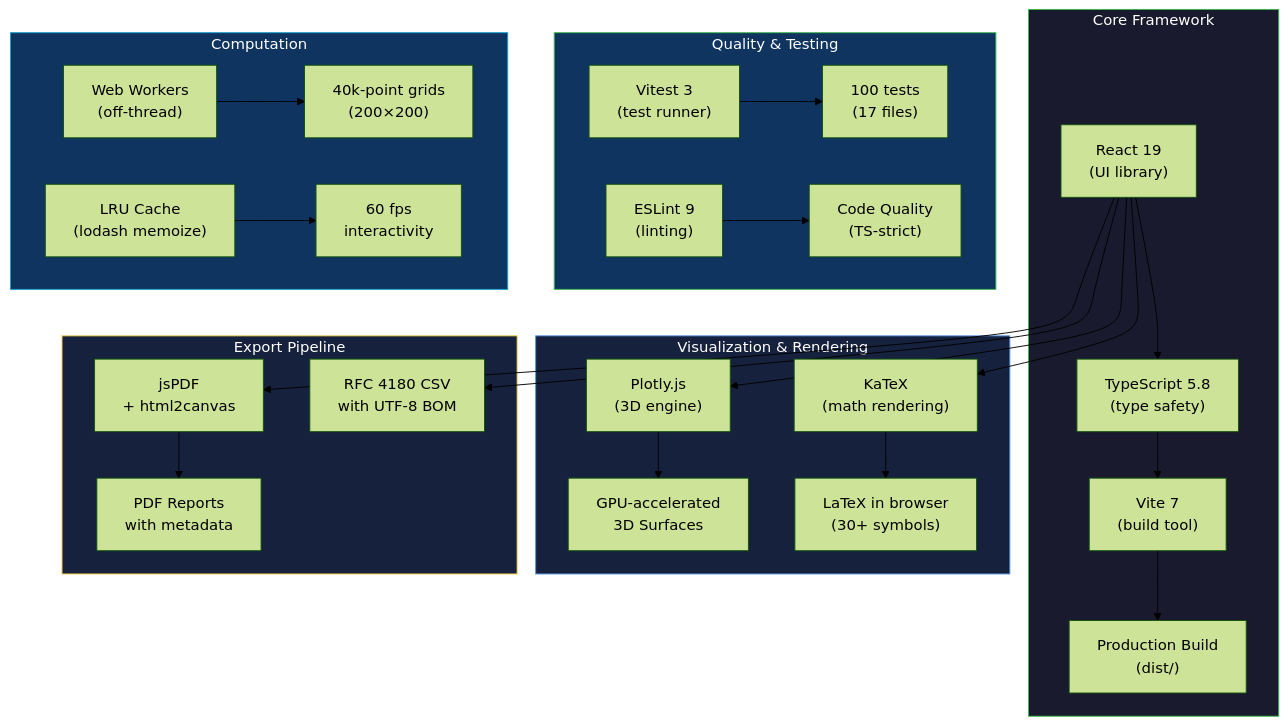
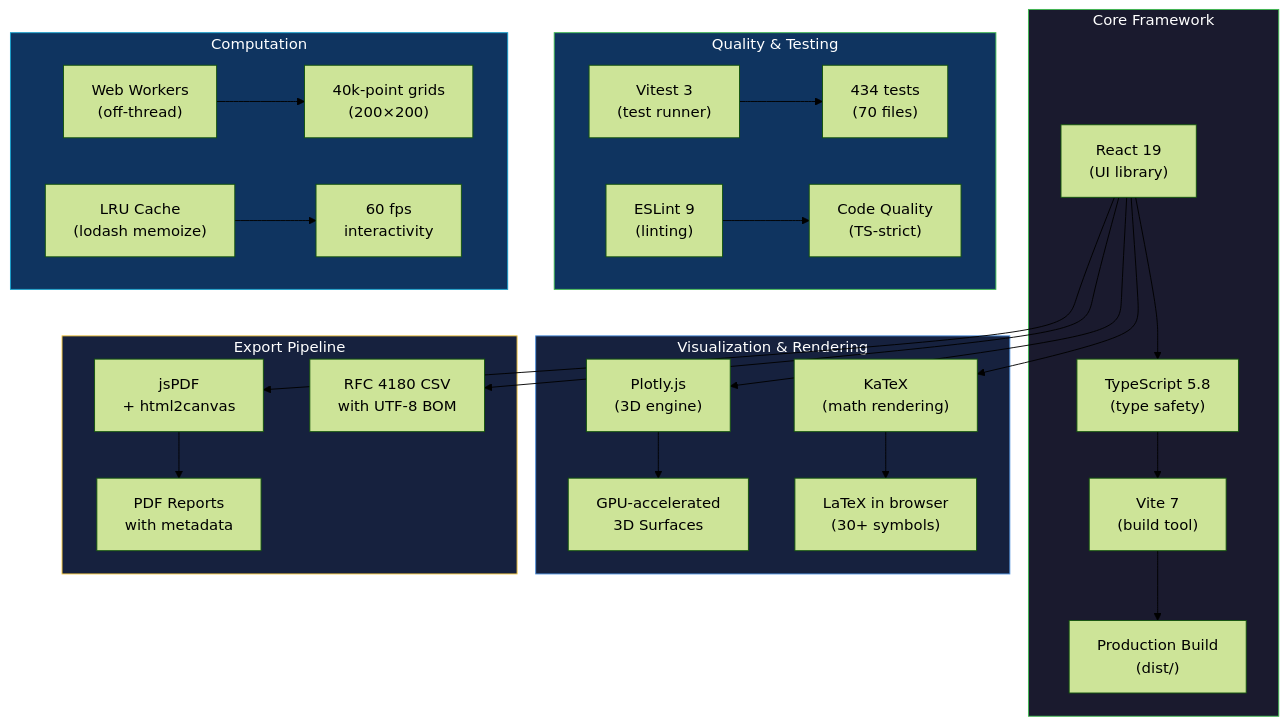
One commit to mustafaras/belief_emergence changed the third of 15 diagrams in README.md. Above: the diagram before and after it, drawn with Mermaid (forest theme). The commit also changed other lines of this file and 11 other files, not shown here.

````diff
--- a/README.md
+++ b/README.md
@@ -1115,37 +1156,37 @@
 ```mermaid
 graph TD
     subgraph Core["Core Framework"]
         A["React 19\n(UI library)"] --> B["TypeScript 5.8\n(type safety)"]
         B --> C["Vite 7\n(build tool)"]
         C --> D["Production Build\n(dist/)"]
     end
     
     subgraph Viz["Visualization & Rendering"]
         A --> E["Plotly.js\n(3D engine)"]
         E --> F["GPU-accelerated\n3D Surfaces"]
         A --> G["KaTeX\n(math rendering)"]
         G --> H["LaTeX in browser\n(30+ symbols)"]
     end
 
     subgraph Export["Export Pipeline"]
         A --> I["jsPDF\n+ html2canvas"]
         I --> J["PDF Reports\nwith metadata"]
         A --> J2["RFC 4180 CSV\nwith UTF-8 BOM"]
     end
 
     subgraph Quality["Quality & Testing"]
-        K["Vitest 3\n(test runner)"] --> L["100 tests\n(17 files)"]
+        K["Vitest 3\n(test runner)"] --> L["434 tests\n(70 files)"]
         M["ESLint 9\n(linting)"] --> N["Code Quality\n(TS-strict)"]
     end
 
     subgraph Compute["Computation"]
         W["Web Workers\n(off-thread)"] --> WG["40k-point grids\n(200×200)"]
         LRU["LRU Cache\n(lodash memoize)"] --> Perf["60 fps\ninteractivity"]
     end
 
     style Core fill:#1a1a2e,stroke:#3fb950,color:#fff
     style Viz fill:#16213e,stroke:#4c8eda,color:#fff
     style Export fill:#16213e,stroke:#f5c842,color:#fff
     style Quality fill:#0f3460,stroke:#3fb950,color:#fff
     style Compute fill:#0f3460,stroke:#149eca,color:#fff
 ```
````
